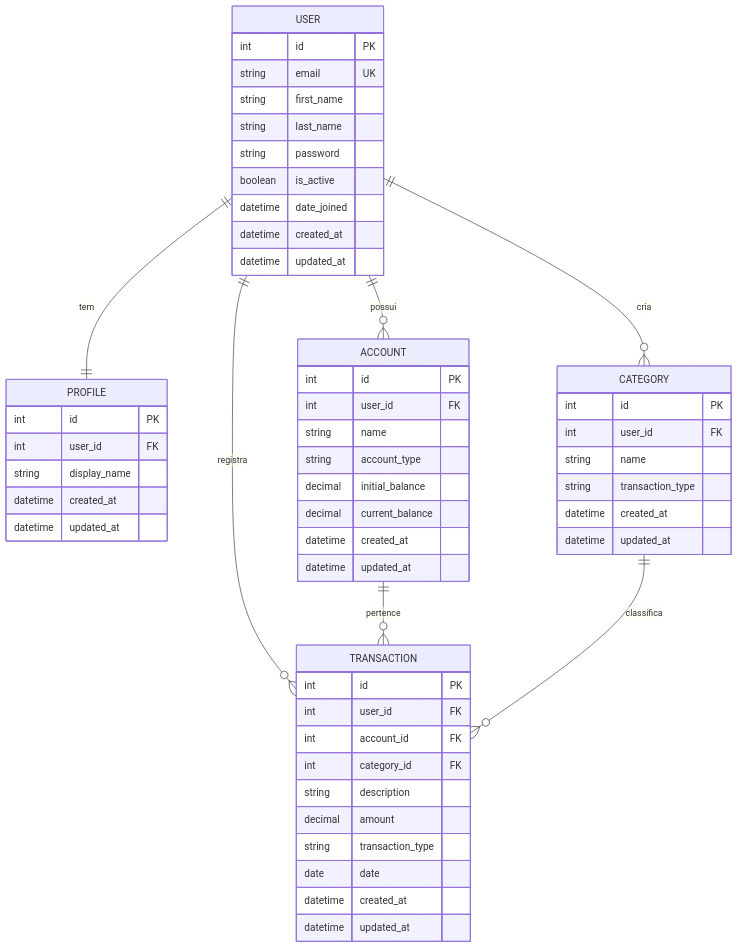
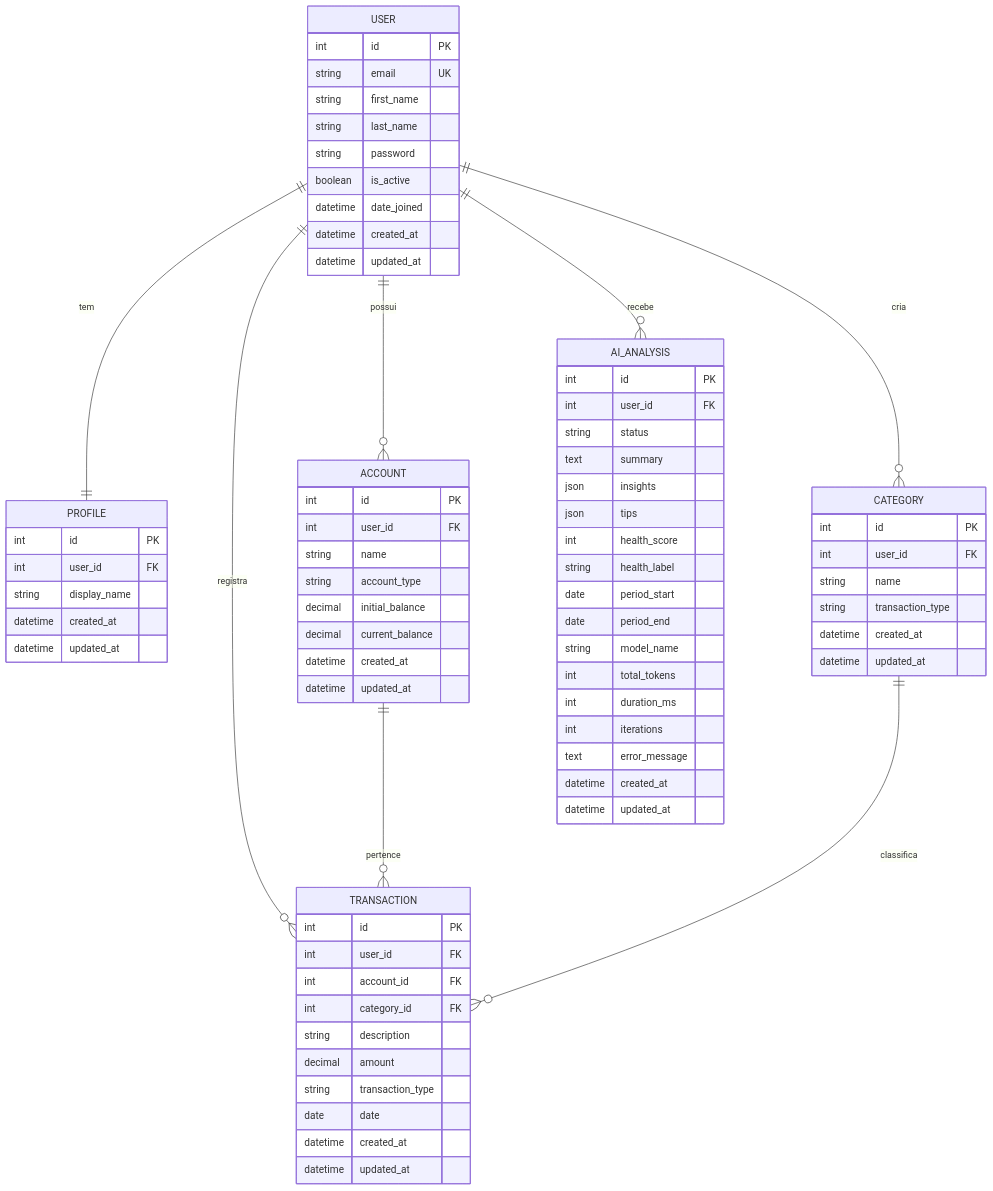
Before and after one commit to IgorVoidbot/finanpy: the second of 3 diagrams in PRD.md, drawn with Mermaid. The commit also changed other lines of this file and 12 other files, not shown here.

````diff
--- a/PRD.md
+++ b/PRD.md
@@ -287,10 +373,31 @@
         datetime updated_at
     }
 
+    AI_ANALYSIS {
+        int id PK
+        int user_id FK
+        string status
+        text summary
+        json insights
+        json tips
+        int health_score
+        string health_label
+        date period_start
+        date period_end
+        string model_name
+        int total_tokens
+        int duration_ms
+        int iterations
+        text error_message
+        datetime created_at
+        datetime updated_at
+    }
+
     USER ||--|| PROFILE : "tem"
     USER ||--o{ ACCOUNT : "possui"
     USER ||--o{ CATEGORY : "cria"
     USER ||--o{ TRANSACTION : "registra"
+    USER ||--o{ AI_ANALYSIS : "recebe"
     ACCOUNT ||--o{ TRANSACTION : "pertence"
     CATEGORY ||--o{ TRANSACTION : "classifica"
 ```
````
